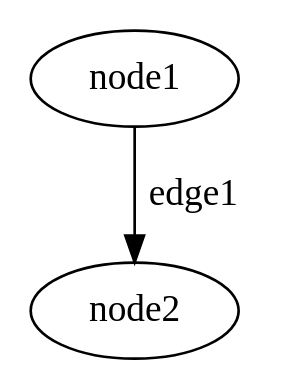
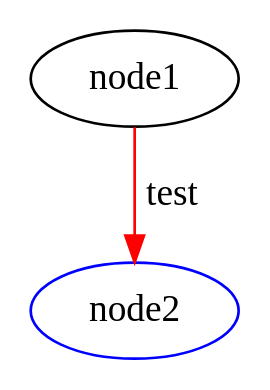
One commit to ashyanSpada/dot_rs changed the diagram in test.dot. Above: the diagram before and after it, drawn with Graphviz. The commit also changed 3 other files, not shown here.

```diff
--- a/test.dot
+++ b/test.dot
@@ -1,3 +1,6 @@
-digraph test {
-    node1 -> node2 [label = "edge1";];
+digraph test 
+ { 
+node1 -> node2[label = "edge1" color = "red" label = "test" ];
+node1;
+node2[color = "blue" ];
 }
```
